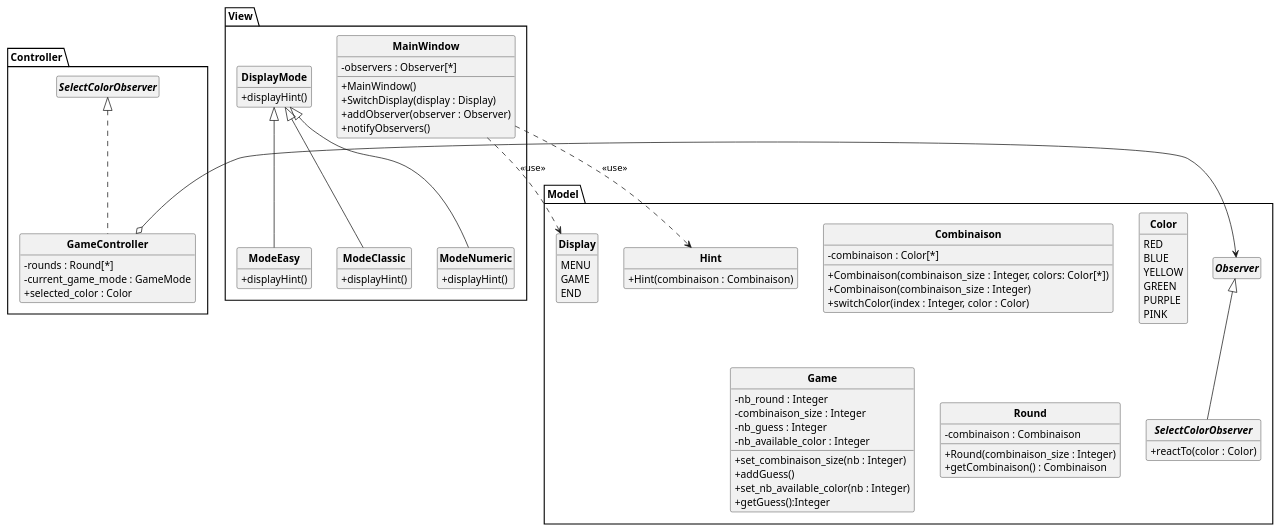
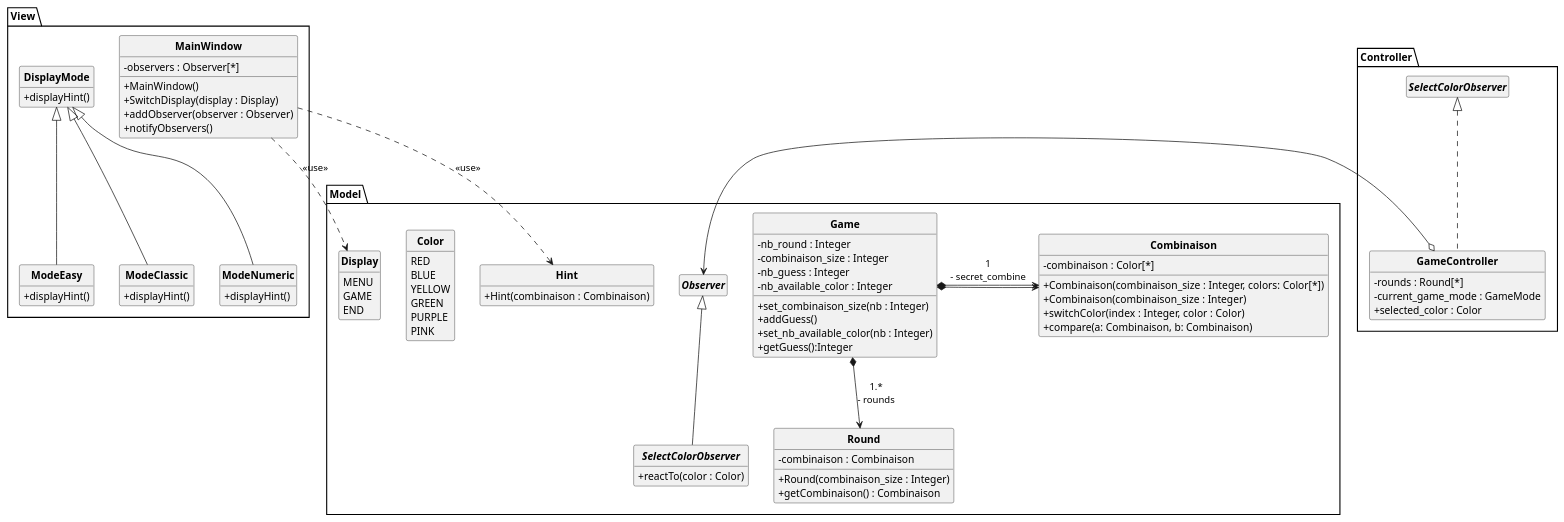
Before and after one commit to xeragon/Mastermind: the diagram in V1/PUML/DCC.puml, drawn with PlantUML.

Commit message:
:memo: fin 1 DCC

```diff
--- a/V1/PUML/DCC.puml
+++ b/V1/PUML/DCC.puml
@@ -1,100 +1,99 @@
 @startuml
 'https://plantuml.com/sequence-diagram
 skinparam classAttributeIconSize 0
 skinparam classFontStyle Bold
 skinparam style strictuml
 hide empty members
 
 package Model{
     interface Observer{}
     interface SelectColorObserver implements Observer{
         + reactTo(color : Color)
     }
 
-
-
-
     class Combinaison {
         - combinaison : Color[*]
         + Combinaison(combinaison_size : Integer, colors: Color[*])
         + Combinaison(combinaison_size : Integer)
         + switchColor(index : Integer, color : Color)
+        + compare(a: Combinaison, b: Combinaison)
     }
 
     enum Display{
         MENU
         GAME
         END
     }
 
     enum Color {
         RED
         BLUE
         YELLOW
         GREEN
         PURPLE
         PINK
     }
 
     class Hint {
         + Hint(combinaison : Combinaison)
     }
 
     class Game {
         - nb_round : Integer
         - combinaison_size : Integer
         - nb_guess : Integer
         - nb_available_color : Integer
         + set_combinaison_size(nb : Integer)
         + addGuess()
         + set_nb_available_color(nb : Integer)
         + getGuess():Integer
     }
 
     class Round {
         - combinaison : Combinaison
         + Round(combinaison_size : Integer)
         + getCombinaison() : Combinaison
     }
-
-
+    Game *--> Round : "1.*\n- rounds"
+    Game *-> Combinaison : "1\n- secret_combine"
+    Game *-> Combinaison
 }
 
 package View {
     class MainWindow {
         - observers : Observer[*]
         + MainWindow()
         + SwitchDisplay(display : Display)
         + addObserver(observer : Observer)
         + notifyObservers()
     }
 
     class DisplayMode {
         + displayHint()
     }
 
     class ModeEasy extends DisplayMode {
       + displayHint()
     }
     class ModeClassic extends DisplayMode {
       + displayHint()
     }
     class ModeNumeric extends DisplayMode {
       + displayHint()
     }
 }
 
 
 package Controller{
     class GameController implements SelectColorObserver {
         - rounds : Round[*]
         - current_game_mode : GameMode
         + selected_color : Color
     }
 }
 GameController o-> Observer
 
 MainWindow ..> Hint: <<use>>
 MainWindow ..> Display: <<use>>
 
 @enduml
```
